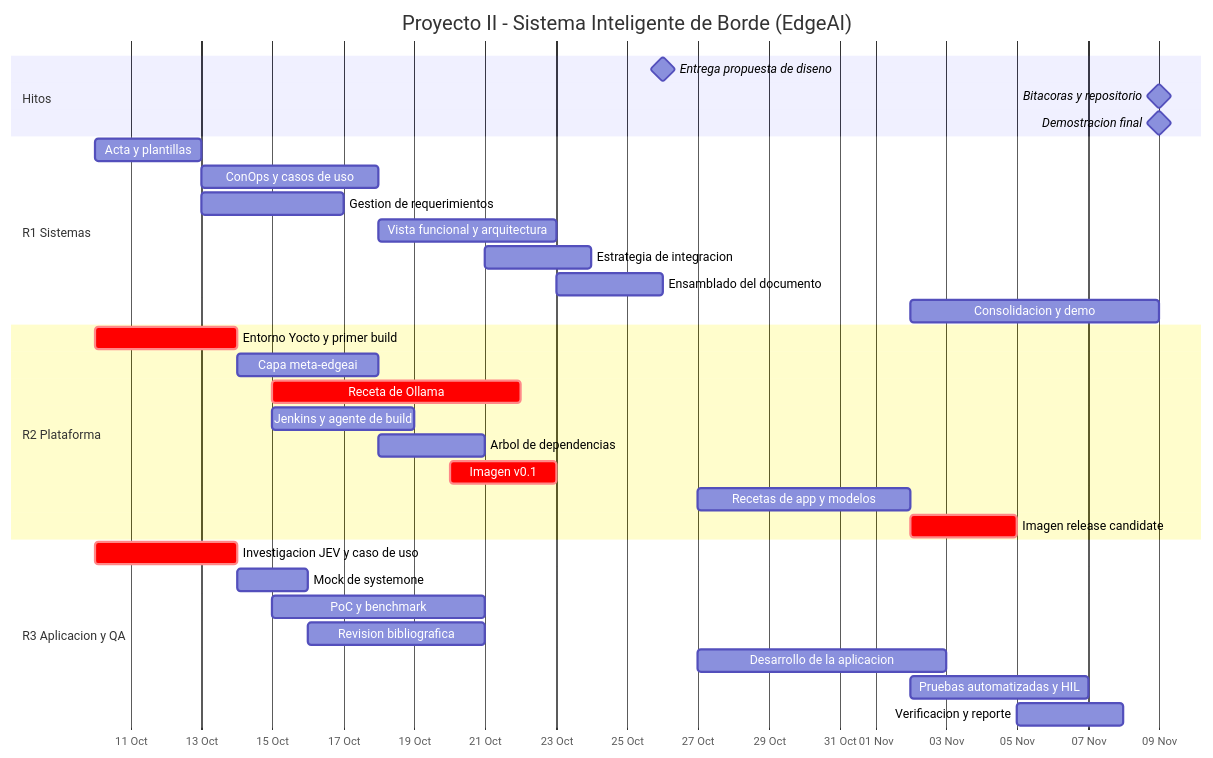
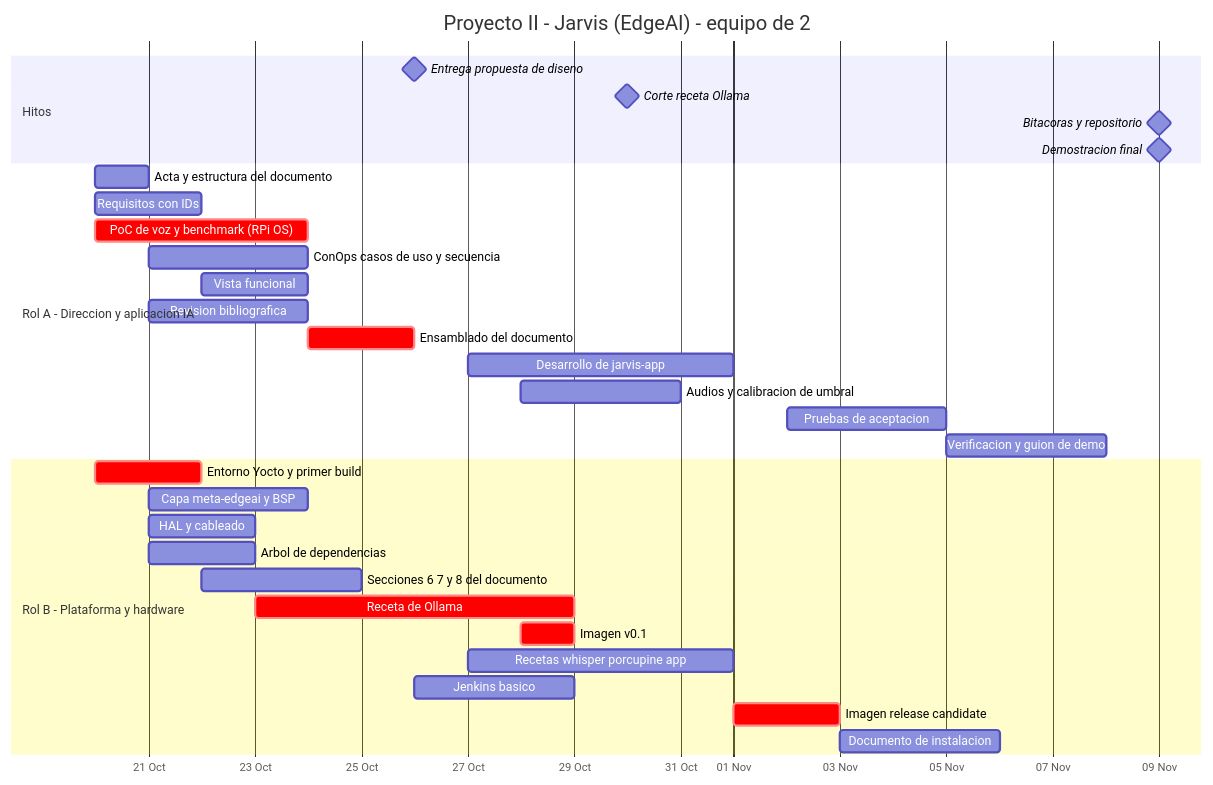
Before and after one commit to Daniiell03/Sistemas_Inteligentes_de_borde_EdgeAI: the diagram in README.md, drawn with Mermaid. The commit also changed other lines of this file, not shown here.

````diff
--- a/README.md
+++ b/README.md
@@ -299,39 +388,38 @@
 ```mermaid
 gantt
-    title Proyecto II - Sistema Inteligente de Borde (EdgeAI)
+    title Proyecto II - Jarvis (EdgeAI) - equipo de 2
     dateFormat YYYY-MM-DD
     axisFormat %d %b
 
     section Hitos
     Entrega propuesta de diseno     :milestone, m1, 2026-10-26, 0d
-    Bitacoras y repositorio         :milestone, m2, 2026-11-09, 0d
-    Demostracion final              :milestone, m3, 2026-11-09, 0d
+    Corte receta Ollama             :milestone, m2, 2026-10-30, 0d
+    Bitacoras y repositorio         :milestone, m3, 2026-11-09, 0d
+    Demostracion final              :milestone, m4, 2026-11-09, 0d
 
-    section R1 Sistemas
-    Acta y plantillas               :a1, 2026-10-10, 3d
-    ConOps y casos de uso           :a2, 2026-10-13, 5d
-    Gestion de requerimientos       :a3, 2026-10-13, 4d
-    Vista funcional y arquitectura  :a4, 2026-10-18, 5d
-    Estrategia de integracion       :a5, 2026-10-21, 3d
-    Ensamblado del documento        :a6, 2026-10-23, 3d
-    Consolidacion y demo            :a7, 2026-11-02, 7d
+    section Rol A - Direccion y aplicacion IA
+    Acta y estructura del documento :a1, 2026-10-20, 1d
+    Requisitos con IDs              :a2, 2026-10-20, 2d
+    PoC de voz y benchmark (RPi OS) :crit, a3, 2026-10-20, 4d
+    ConOps casos de uso y secuencia :a4, 2026-10-21, 3d
+    Vista funcional                 :a5, 2026-10-22, 2d
+    Revision bibliografica          :a6, 2026-10-21, 3d
+    Ensamblado del documento        :crit, a7, 2026-10-24, 2d
+    Desarrollo de jarvis-app        :a8, 2026-10-27, 5d
+    Audios y calibracion de umbral  :a9, 2026-10-28, 3d
+    Pruebas de aceptacion           :a10, 2026-11-02, 3d
+    Verificacion y guion de demo    :a11, 2026-11-05, 3d
 
-    section R2 Plataforma
-    Entorno Yocto y primer build    :crit, b1, 2026-10-10, 4d
-    Capa meta-edgeai                :b2, 2026-10-14, 4d
-    Receta de Ollama                :crit, b3, 2026-10-15, 7d
-    Jenkins y agente de build       :b4, 2026-10-15, 4d
-    Arbol de dependencias           :b5, 2026-10-18, 3d
-    Imagen v0.1                     :crit, b6, 2026-10-20, 3d
-    Recetas de app y modelos        :b7, 2026-10-27, 6d
-    Imagen release candidate        :crit, b8, 2026-11-02, 3d
-
-    section R3 Aplicacion y QA
-    Investigacion JEV y caso de uso :crit, c1, 2026-10-10, 4d
-    Mock de systemone               :c2, 2026-10-14, 2d
-    PoC y benchmark                 :c3, 2026-10-15, 6d
-    Revision bibliografica          :c4, 2026-10-16, 5d
-    Desarrollo de la aplicacion     :c5, 2026-10-27, 7d
-    Pruebas automatizadas y HIL     :c6, 2026-11-02, 5d
-    Verificacion y reporte          :c7, 2026-11-05, 3d
+    section Rol B - Plataforma y hardware
+    Entorno Yocto y primer build    :crit, b1, 2026-10-20, 2d
+    Capa meta-edgeai y BSP          :b2, 2026-10-21, 3d
+    HAL y cableado                  :b3, 2026-10-21, 2d
+    Arbol de dependencias           :b4, 2026-10-21, 2d
+    Secciones 6 7 y 8 del documento :b5, 2026-10-22, 3d
+    Receta de Ollama                :crit, b6, 2026-10-23, 6d
+    Imagen v0.1                     :crit, b7, 2026-10-28, 1d
+    Recetas whisper porcupine app   :b8, 2026-10-27, 5d
+    Jenkins basico                  :b9, 2026-10-26, 3d
+    Imagen release candidate        :crit, b10, 2026-11-01, 2d
+    Documento de instalacion        :b11, 2026-11-03, 3d
 ```
````
